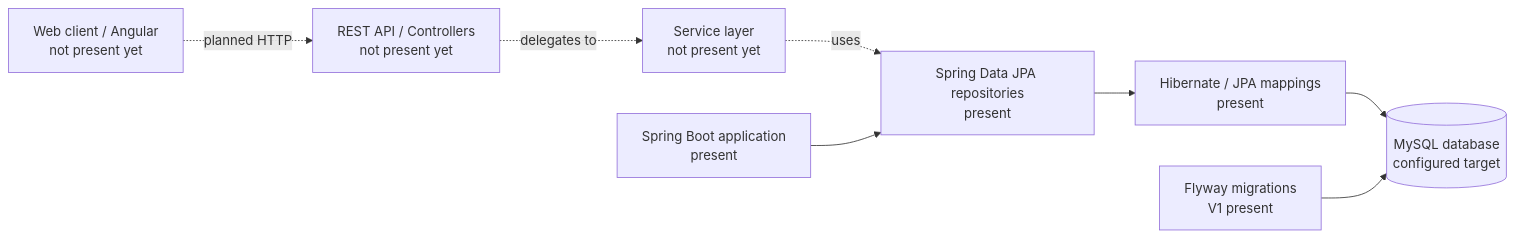
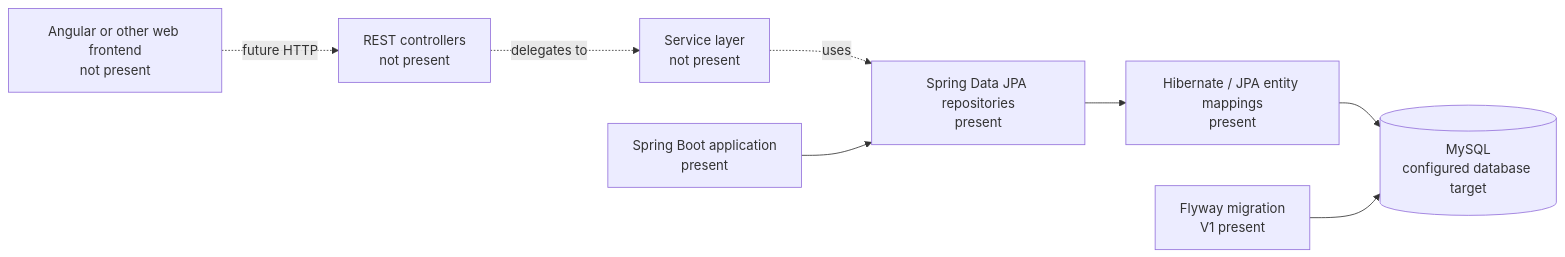
One commit to Thushar7/GSTHub changed the first of 2 diagrams in README.md. Above: the diagram before and after it, drawn with Mermaid. The commit also changed other lines of this file, not shown here.

````diff
--- a/README.md
+++ b/README.md
@@ -96,10 +97,10 @@
 ```mermaid
 flowchart LR
-    UI[Web client / Angular<br/>not present yet] -. planned HTTP .-> API[REST API / Controllers<br/>not present yet]
-    API -. delegates to .-> SVC[Service layer<br/>not present yet]
+    UI[Angular or other web frontend<br/>not present] -. future HTTP .-> API[REST controllers<br/>not present]
+    API -. delegates to .-> SVC[Service layer<br/>not present]
     SVC -. uses .-> REPO[Spring Data JPA repositories<br/>present]
-    REPO --> ORM[Hibernate / JPA mappings<br/>present]
-    ORM --> DB[(MySQL database<br/>configured target)]
-    MIG[Flyway migrations<br/>V1 present] --> DB
-    BOOT[Spring Boot application<br/>present] --> REPO
+    REPO --> ORM[Hibernate / JPA entity mappings<br/>present]
+    ORM --> DB[(MySQL<br/>configured database target)]
+    MIG[Flyway migration<br/>V1 present] --> DB
+    APP[Spring Boot application<br/>present] --> REPO
 ```
````
